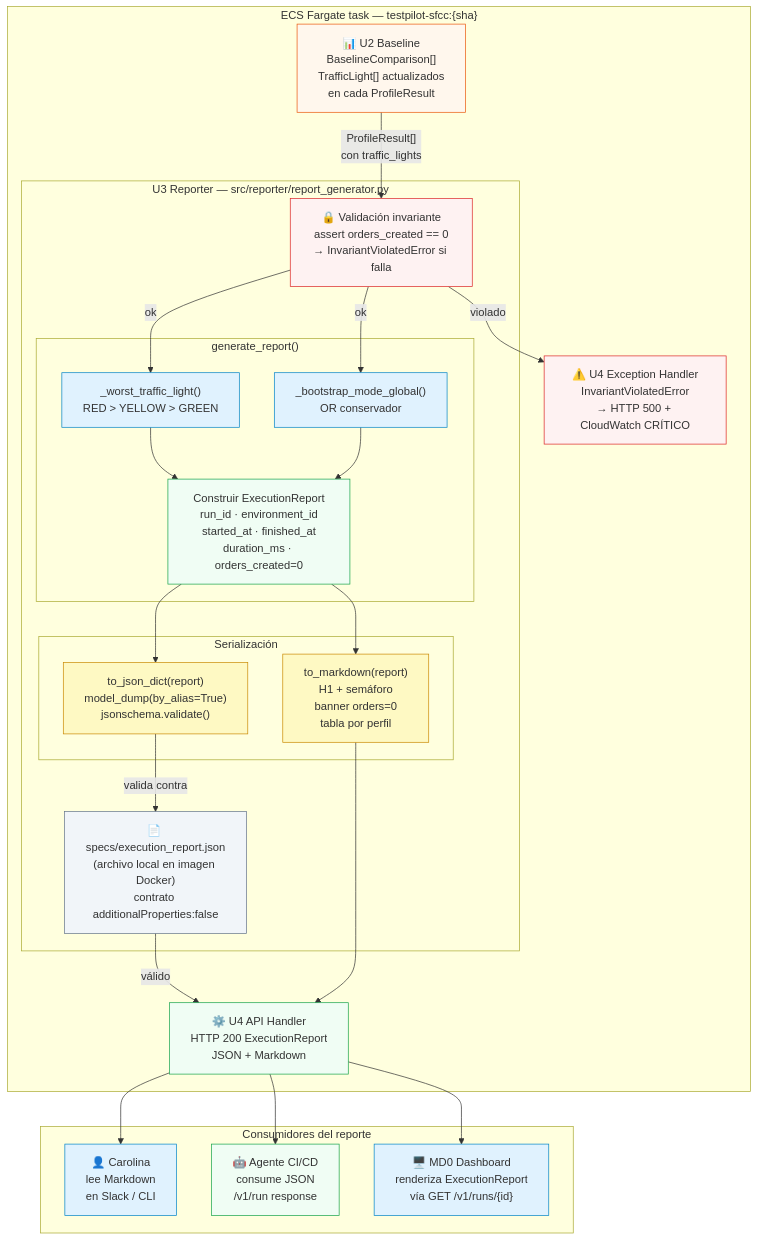
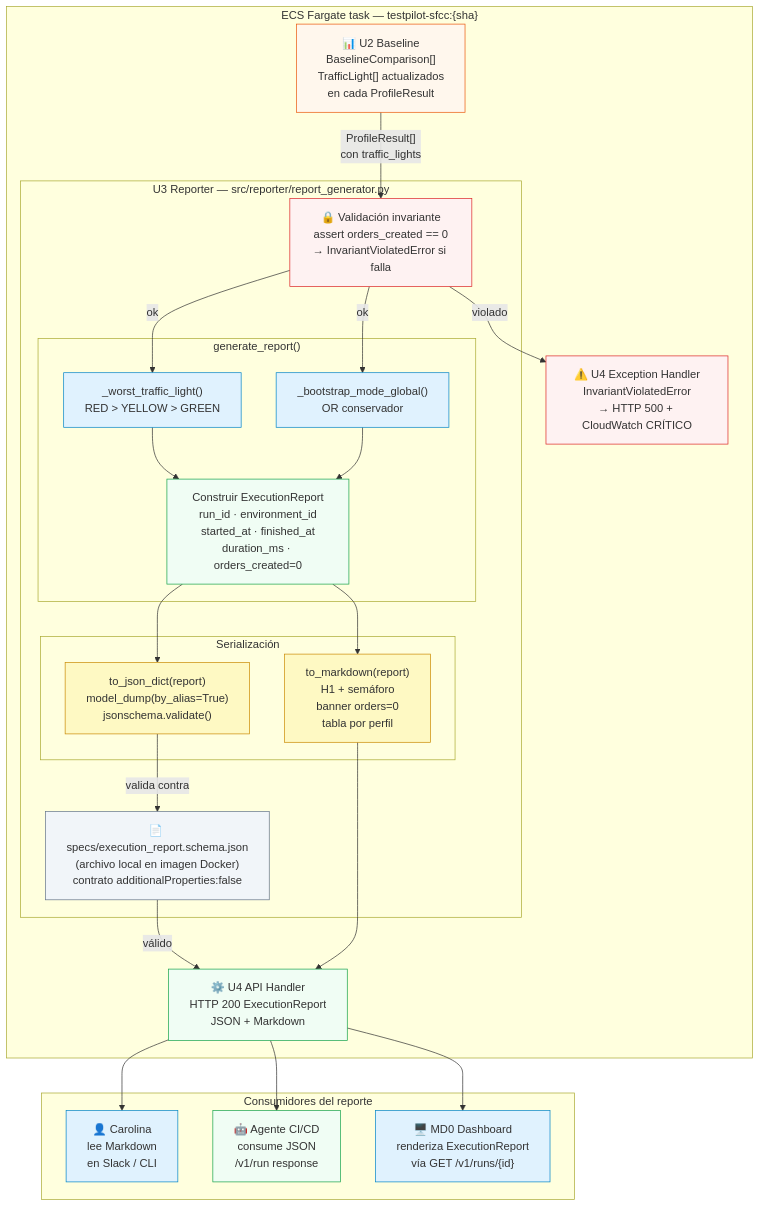
The first of 2 diagrams in aidlc-docs/construction/u3/infrastructure-design/deployment-architecture.md (cristiancadiaz/TestPilot-SFCC), drawn with Mermaid before and after one commit. The commit also changed other lines of this file and 23 other files, not shown here.

Commit message:
docs: align execution_report schema references after rename

````diff
--- a/aidlc-docs/construction/u3/infrastructure-design/deployment-architecture.md
+++ b/aidlc-docs/construction/u3/infrastructure-design/deployment-architecture.md
@@ -10,58 +10,58 @@
 ```mermaid
 graph TB
     subgraph "ECS Fargate task — testpilot-sfcc:{sha}"
 
         U2_OUT["📊 U2 Baseline\nBaselineComparison[]\nTrafficLight[] actualizados\nen cada ProfileResult"]
 
         subgraph "U3 Reporter — src/reporter/report_generator.py"
 
             INVARIANT["🔒 Validación invariante\nassert orders_created == 0\n→ InvariantViolatedError si falla"]
 
             subgraph "generate_report()"
                 WORST["_worst_traffic_light()\nRED > YELLOW > GREEN"]
                 BOOTSTRAP["_bootstrap_mode_global()\nOR conservador"]
                 BUILD["Construir ExecutionReport\nrun_id · environment_id\nstarted_at · finished_at\nduration_ms · orders_created=0"]
             end
 
             subgraph "Serialización"
                 JSON_OUT["to_json_dict(report)\nmodel_dump(by_alias=True)\njsonschema.validate()"]
                 MD_OUT["to_markdown(report)\nH1 + semáforo\nbanner orders=0\ntabla por perfil"]
             end
 
-            SCHEMA["📄 specs/execution_report.json\n(archivo local en imagen Docker)\ncontrato additionalProperties:false"]
+            SCHEMA["📄 specs/execution_report.schema.json\n(archivo local en imagen Docker)\ncontrato additionalProperties:false"]
         end
 
         U4_RESP["⚙️ U4 API Handler\nHTTP 200 ExecutionReport\nJSON + Markdown"]
         U4_ERR["⚠️ U4 Exception Handler\nInvariantViolatedError\n→ HTTP 500 + CloudWatch CRÍTICO"]
     end
 
     subgraph "Consumidores del reporte"
         CAROLINA["👤 Carolina\nlee Markdown\nen Slack / CLI"]
         CICD["🤖 Agente CI/CD\nconsume JSON\n/v1/run response"]
         DASHBOARD["🖥️ MD0 Dashboard\nrenderiza ExecutionReport\nvía GET /v1/runs/{id}"]
     end
 
     U2_OUT -->|"ProfileResult[]\ncon traffic_lights"| INVARIANT
     INVARIANT -->|"ok"| WORST & BOOTSTRAP
     INVARIANT -->|"violado"| U4_ERR
     WORST & BOOTSTRAP --> BUILD
     BUILD --> JSON_OUT & MD_OUT
     JSON_OUT -->|"valida contra"| SCHEMA
     SCHEMA -->|"válido"| U4_RESP
     MD_OUT --> U4_RESP
     U4_RESP --> CAROLINA & CICD & DASHBOARD
 
     style U2_OUT fill:#fff7ed,stroke:#ea580c
     style INVARIANT fill:#fef2f2,stroke:#dc2626
     style WORST fill:#e0f2fe,stroke:#0284c7
     style BOOTSTRAP fill:#e0f2fe,stroke:#0284c7
     style BUILD fill:#f0fdf4,stroke:#16a34a
     style JSON_OUT fill:#fef9c3,stroke:#ca8a04
     style MD_OUT fill:#fef9c3,stroke:#ca8a04
     style SCHEMA fill:#f1f5f9,stroke:#64748b
     style U4_RESP fill:#f0fdf4,stroke:#16a34a
     style U4_ERR fill:#fef2f2,stroke:#dc2626
     style CAROLINA fill:#e0f2fe,stroke:#0284c7
     style CICD fill:#f0fdf4,stroke:#16a34a
     style DASHBOARD fill:#e0f2fe,stroke:#0284c7
 ```
````
